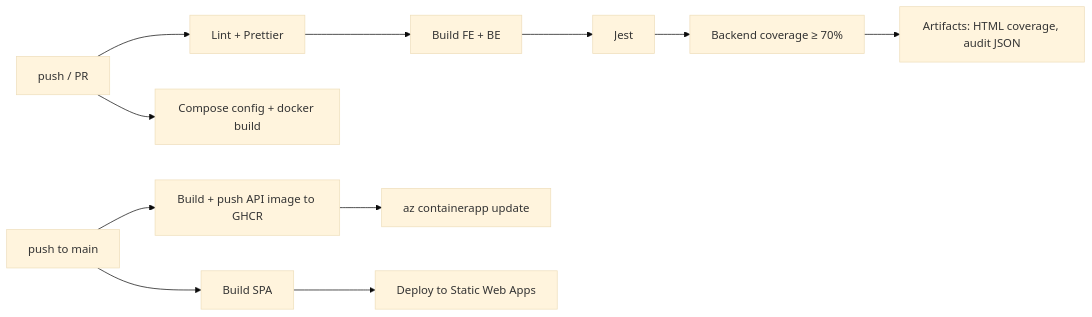
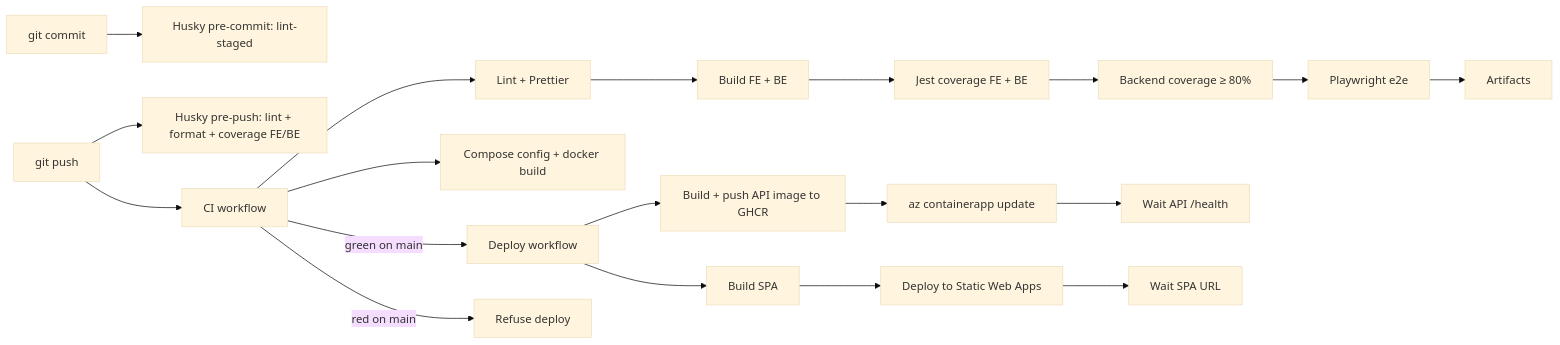
The diagram in Docs/diploma/thesis/docs/02-technical/criteria/cicd.md (Krepto-vlad/Krepton-Analitics), drawn with Mermaid (base theme) before and after one commit. The commit also changed other lines of this file and 170 other files, not shown here.

````diff
--- a/Docs/diploma/thesis/docs/02-technical/criteria/cicd.md
+++ b/Docs/diploma/thesis/docs/02-technical/criteria/cicd.md
@@ -53,13 +54,21 @@
 ```mermaid
 flowchart LR
-  push[push / PR] --> lint[Lint + Prettier]
+  commit[git commit] --> staged[Husky pre-commit: lint-staged]
+  push[git push] --> local[Husky pre-push: lint + format + coverage FE/BE]
+  push --> ci[CI workflow]
+  ci --> lint[Lint + Prettier]
   lint --> build[Build FE + BE]
-  build --> test[Jest]
-  test --> cov[Backend coverage ≥ 70%]
-  cov --> art[Artifacts: HTML coverage, audit JSON]
-  push --> docker[Compose config + docker build]
-  pushmain[push to main] --> img[Build + push API image to GHCR]
+  build --> test[Jest coverage FE + BE]
+  test --> cov[Backend coverage ≥ 80%]
+  cov --> e2e[Playwright e2e]
+  e2e --> art[Artifacts]
+  ci --> docker[Compose config + docker build]
+  ci -->|green on main| deploy[Deploy workflow]
+  ci -->|red on main| refuse[Refuse deploy]
+  deploy --> img[Build + push API image to GHCR]
   img --> aca[az containerapp update]
-  pushmain --> spa[Build SPA]
+  aca --> apihealth[Wait API /health]
+  deploy --> spa[Build SPA]
   spa --> swa[Deploy to Static Web Apps]
+  swa --> fehealth[Wait SPA URL]
 ```
````
